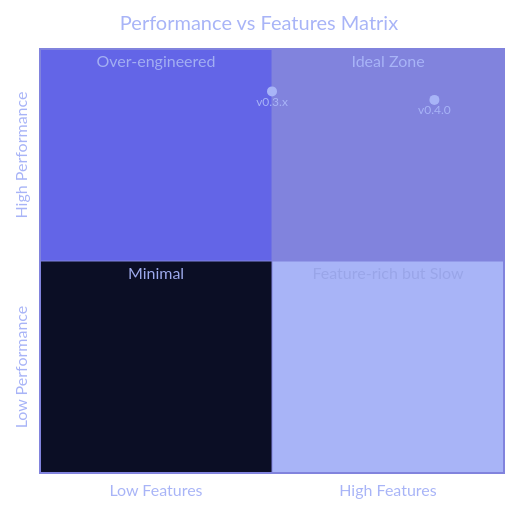
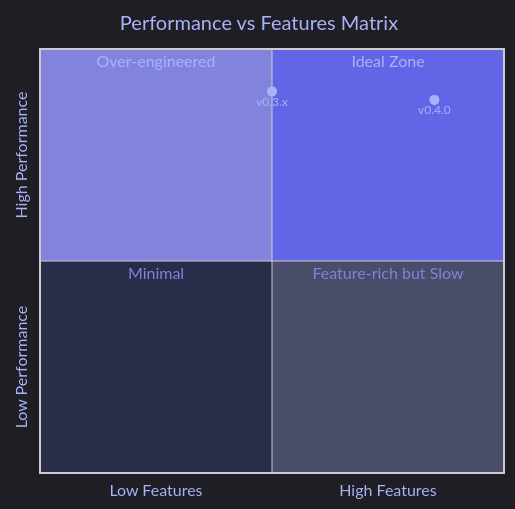
Before and after one commit to Oculusnoob/vesper-memory: the seventh of 8 diagrams in benchmarks/charts.md, drawn with Mermaid. The commit also changed other lines of this file, not shown here.

First line of the commit message:
Fix Mermaid charts for dark mode compatibility

````diff
--- a/benchmarks/charts.md
+++ b/benchmarks/charts.md
@@ -115,13 +115,13 @@
 ```mermaid
-%%{init: {'theme':'base', 'themeVariables': { 'primaryColor':'#6365e7', 'primaryTextColor':'#a8b4f7', 'primaryBorderColor':'#8183dd', 'quadrant1Fill':'#8183dd', 'quadrant2Fill':'#6365e7', 'quadrant3Fill':'#0b0e25', 'quadrant4Fill':'#a8b4f7'}}}%%
+%%{init: {'theme':'dark', 'themeVariables': { 'quadrant1Fill':'#6365e7', 'quadrant2Fill':'#8183dd', 'quadrant3Fill':'#2a2d4a', 'quadrant4Fill':'#4a4d6a', 'quadrant1TextFill':'#a8b4f7', 'quadrant2TextFill':'#a8b4f7', 'quadrant3TextFill':'#8183dd', 'quadrant4TextFill':'#8183dd', 'quadrantPointFill':'#a8b4f7', 'quadrantPointTextFill':'#a8b4f7', 'quadrantXAxisTextFill':'#a8b4f7', 'quadrantYAxisTextFill':'#a8b4f7', 'quadrantTitleFill':'#a8b4f7'}}}%%
 quadrantChart
     title Performance vs Features Matrix
     x-axis Low Features --> High Features
     y-axis Low Performance --> High Performance
     quadrant-1 Ideal Zone
     quadrant-2 Over-engineered
     quadrant-3 Minimal
     quadrant-4 Feature-rich but Slow
     v0.3.x: [0.5, 0.9]
     v0.4.0: [0.85, 0.88]
 ```
````
